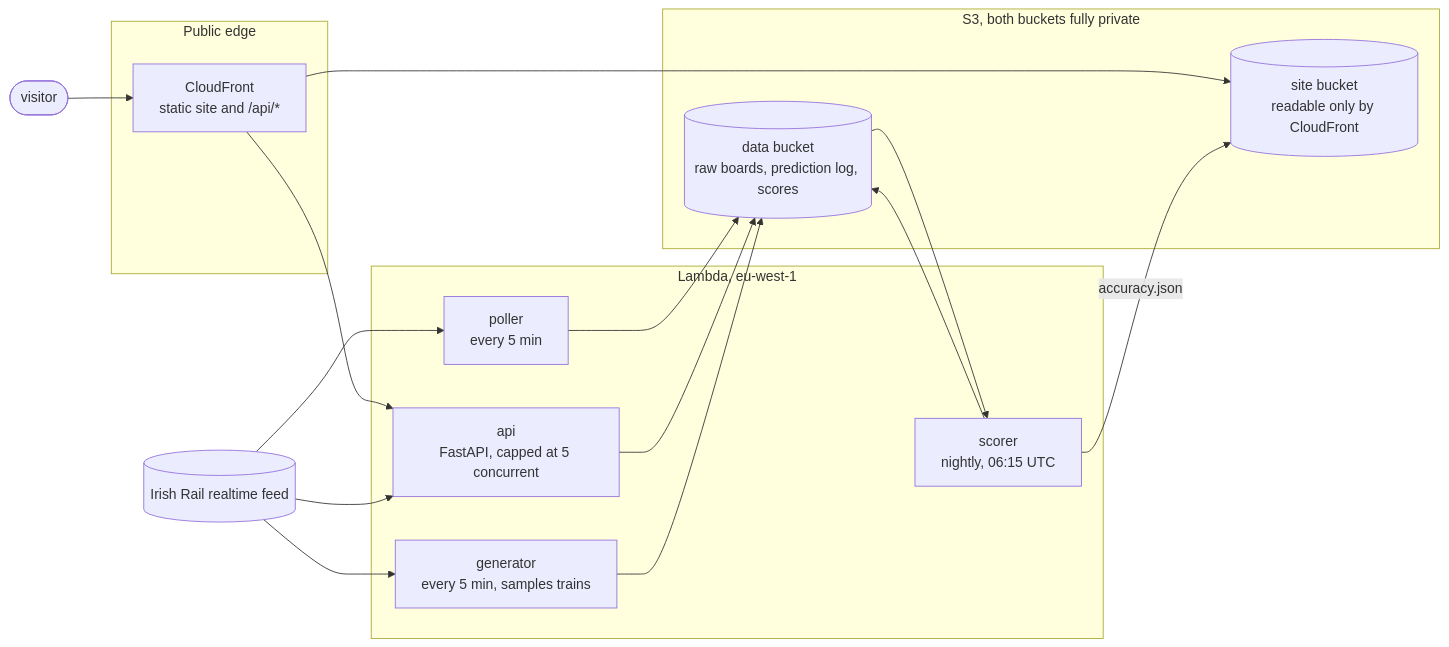
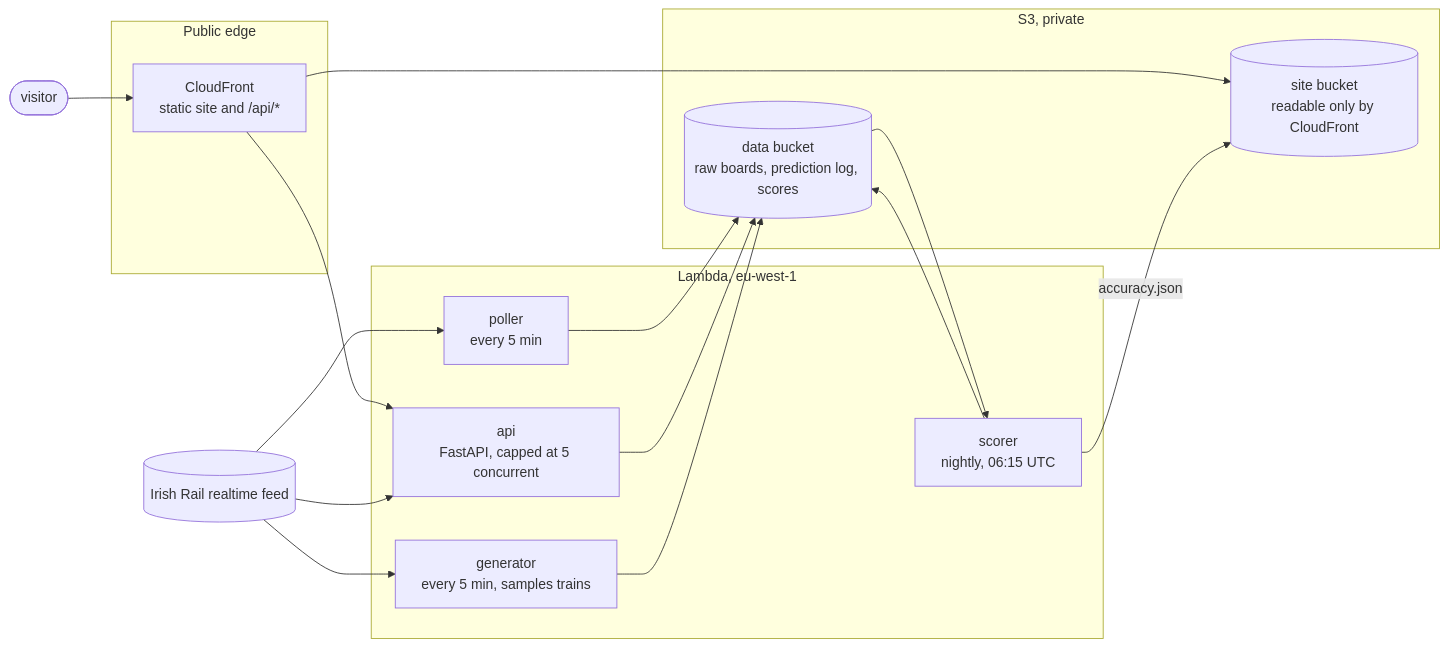
One commit to XxAG17xX/irish-rail-delay-predictor changed the first of 2 diagrams in README.md. Above: the diagram before and after it, drawn with Mermaid. The commit also changed other lines of this file and 7 other files, not shown here.

````diff
--- a/README.md
+++ b/README.md
@@ -84,30 +74,30 @@
 ```mermaid
 flowchart LR
     FEED[("Irish Rail realtime feed")]
     VISITOR(["visitor"])
 
     subgraph edge["Public edge"]
         CF["CloudFront<br/>static site and /api/*"]
     end
 
     subgraph lambdas["Lambda, eu-west-1"]
         POLL["poller<br/>every 5 min"]
         API["api<br/>FastAPI, capped at 5 concurrent"]
         GEN["generator<br/>every 5 min, samples trains"]
         SCORE["scorer<br/>nightly, 06:15 UTC"]
     end
 
-    subgraph buckets["S3, both buckets fully private"]
+    subgraph buckets["S3, private"]
         DATA[("data bucket<br/>raw boards, prediction log, scores")]
         SITE[("site bucket<br/>readable only by CloudFront")]
     end
 
     VISITOR --> CF
     CF --> SITE
     CF --> API
     FEED --> POLL --> DATA
     FEED --> API --> DATA
     FEED --> GEN --> DATA
     DATA --> SCORE --> DATA
     SCORE -->|accuracy.json| SITE
 ```
````
